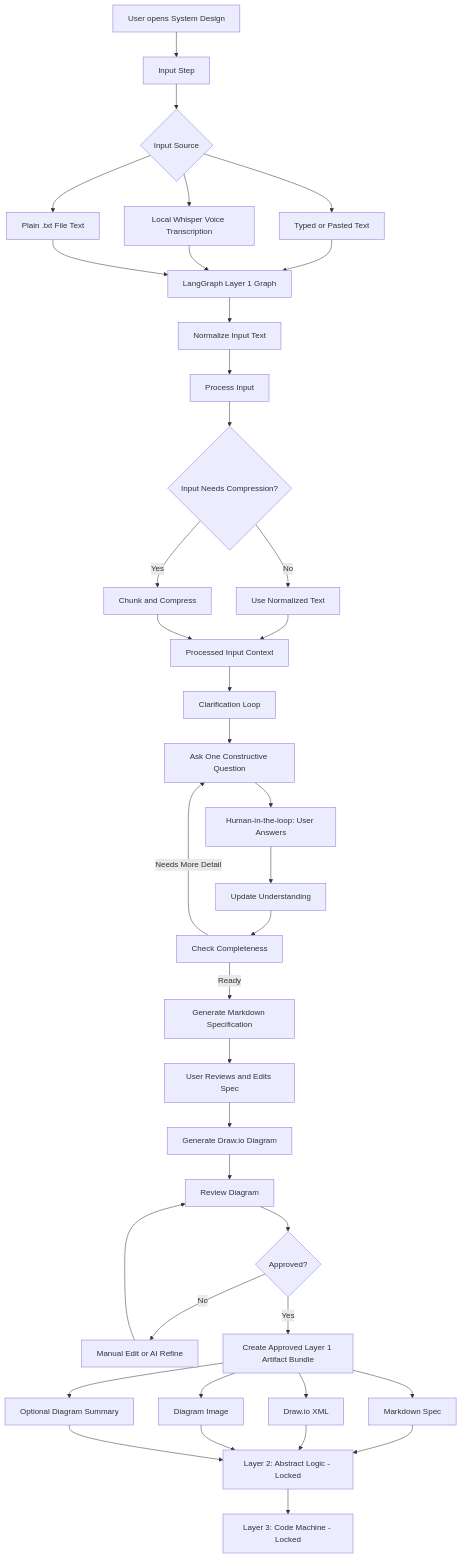
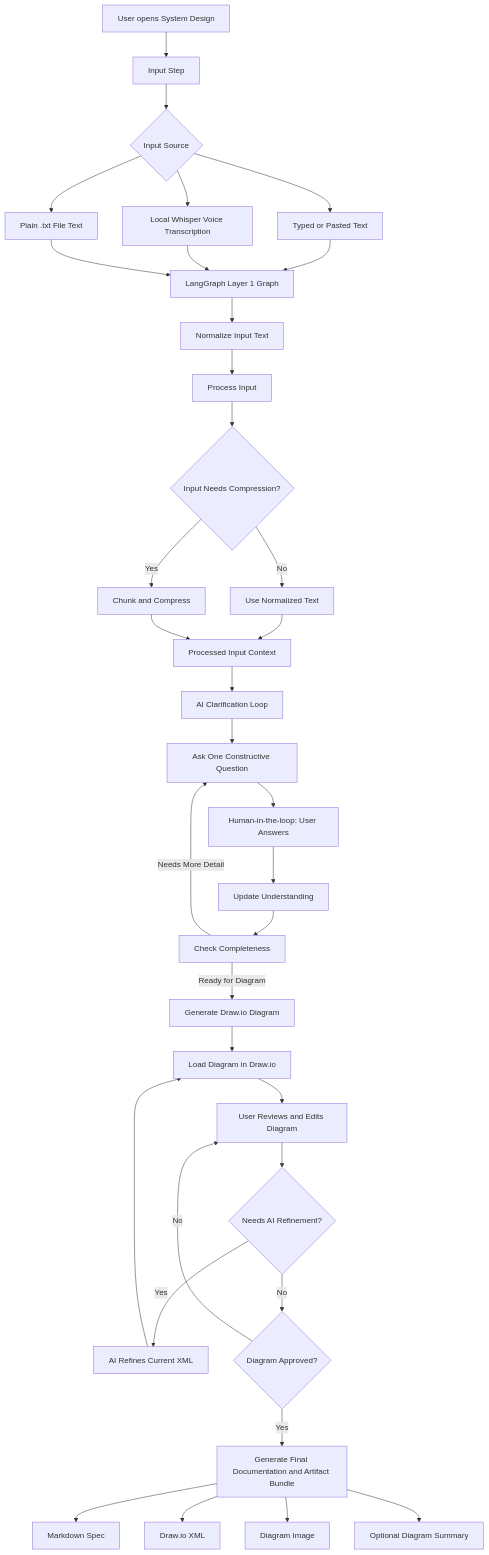
The second of 19 diagrams in Docs/system-design-detailed-plan.md (ProductMasterz/Mujarrad-Frontend), drawn with Mermaid before and after one commit. The commit also changed other lines of this file, not shown here.

Commit message:
Sync corrected system design roadmap

````diff
--- a/Docs/system-design-detailed-plan.md
+++ b/Docs/system-design-detailed-plan.md
@@ -226,51 +316,46 @@
 ```mermaid
 flowchart TD
     A[User opens System Design] --> B[Input Step]
 
     B --> C{Input Source}
     C --> C1[Typed or Pasted Text]
     C --> C2[Local Whisper Voice Transcription]
     C --> C3[Plain .txt File Text]
 
     C1 --> LG[LangGraph Layer 1 Graph]
     C2 --> LG
     C3 --> LG
 
     LG --> D[Normalize Input Text]
     D --> E[Process Input]
     E --> F{Input Needs Compression?}
     F -->|No| G[Use Normalized Text]
     F -->|Yes| H[Chunk and Compress]
     G --> I[Processed Input Context]
     H --> I
 
-    I --> J[Clarification Loop]
+    I --> J[AI Clarification Loop]
     J --> K[Ask One Constructive Question]
     K --> L[Human-in-the-loop: User Answers]
     L --> M[Update Understanding]
     M --> N[Check Completeness]
 
     N -->|Needs More Detail| K
-    N -->|Ready| O[Generate Markdown Specification]
+    N -->|Ready for Diagram| O[Generate Draw.io Diagram]
 
-    O --> P[User Reviews and Edits Spec]
-    P --> Q[Generate Draw.io Diagram]
-    Q --> R[Review Diagram]
+    O --> P[Load Diagram in Draw.io]
+    P --> Q[User Reviews and Edits Diagram]
 
-    R --> S{Approved?}
-    S -->|No| T[Manual Edit or AI Refine]
-    T --> R
-    S -->|Yes| U[Create Approved Layer 1 Artifact Bundle]
+    Q --> R{Needs AI Refinement?}
+    R -->|Yes| S[AI Refines Current XML]
+    S --> P
+    R -->|No| T{Diagram Approved?}
+
+    T -->|No| Q
+    T -->|Yes| U[Generate Final Documentation and Artifact Bundle]
 
     U --> U1[Markdown Spec]
     U --> U2[Draw.io XML]
     U --> U3[Diagram Image]
     U --> U4[Optional Diagram Summary]
-
-    U1 --> V[Layer 2: Abstract Logic - Locked]
-    U2 --> V
-    U3 --> V
-    U4 --> V
-
-    V --> W[Layer 3: Code Machine - Locked]
 ```
````
